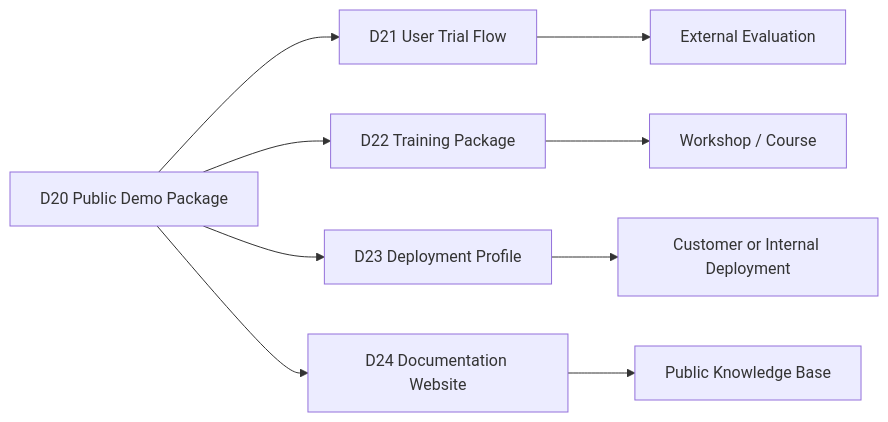
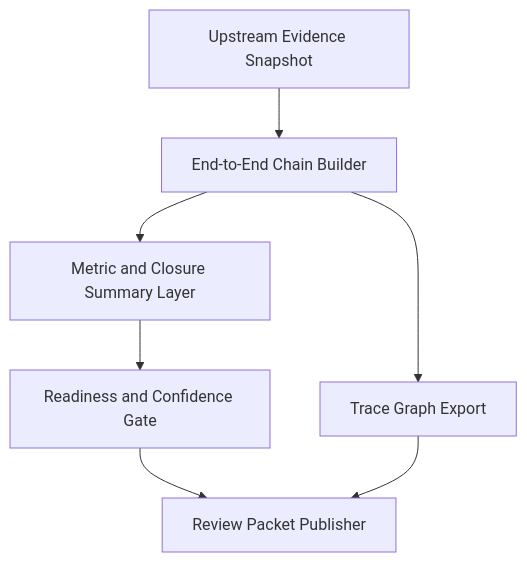
Before and after one commit to qiqixixi1001/automotive-safeic-practice: the second of 2 diagrams in articles/20_automotive_safeic_practice_d20_github_en_public_demo_package.md, drawn with Mermaid. The commit also changed other lines of this file, not shown here.

````diff
--- a/articles/20_automotive_safeic_practice_d20_github_en_public_demo_package.md
+++ b/articles/20_automotive_safeic_practice_d20_github_en_public_demo_package.md
@@ -1463,11 +895,9 @@
 ```mermaid
-flowchart LR
-    A[D20 Public Demo Package] --> B[D21 User Trial Flow]
-    A --> C[D22 Training Package]
-    A --> D[D23 Deployment Profile]
-    A --> E[D24 Documentation Website]
-    B --> F[External Evaluation]
-    C --> G[Workshop / Course]
-    D --> H[Customer or Internal Deployment]
-    E --> I[Public Knowledge Base]
+flowchart TD
+    A[Upstream Evidence Snapshot] --> B[End-to-End Chain Builder]
+    B --> C[Metric and Closure Summary Layer]
+    C --> D[Readiness and Confidence Gate]
+    D --> E[Review Packet Publisher]
+    B --> F[Trace Graph Export]
+    F --> E
 ```
````
